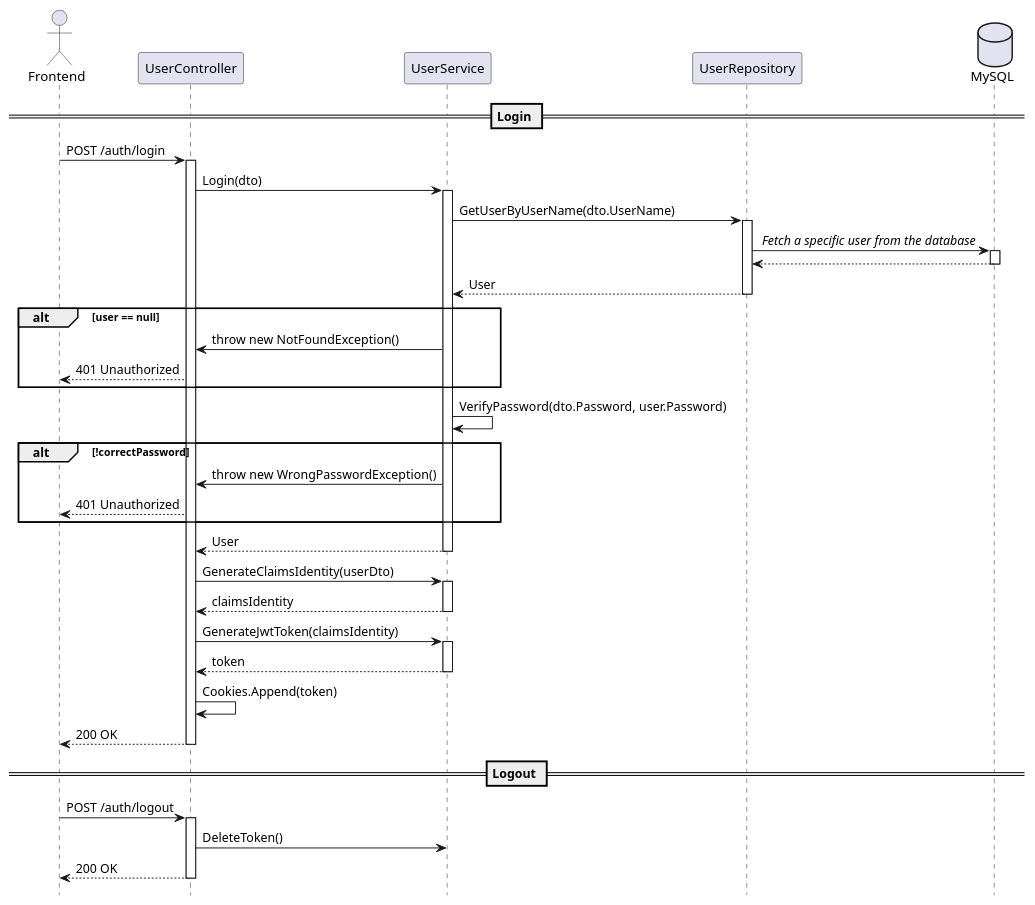
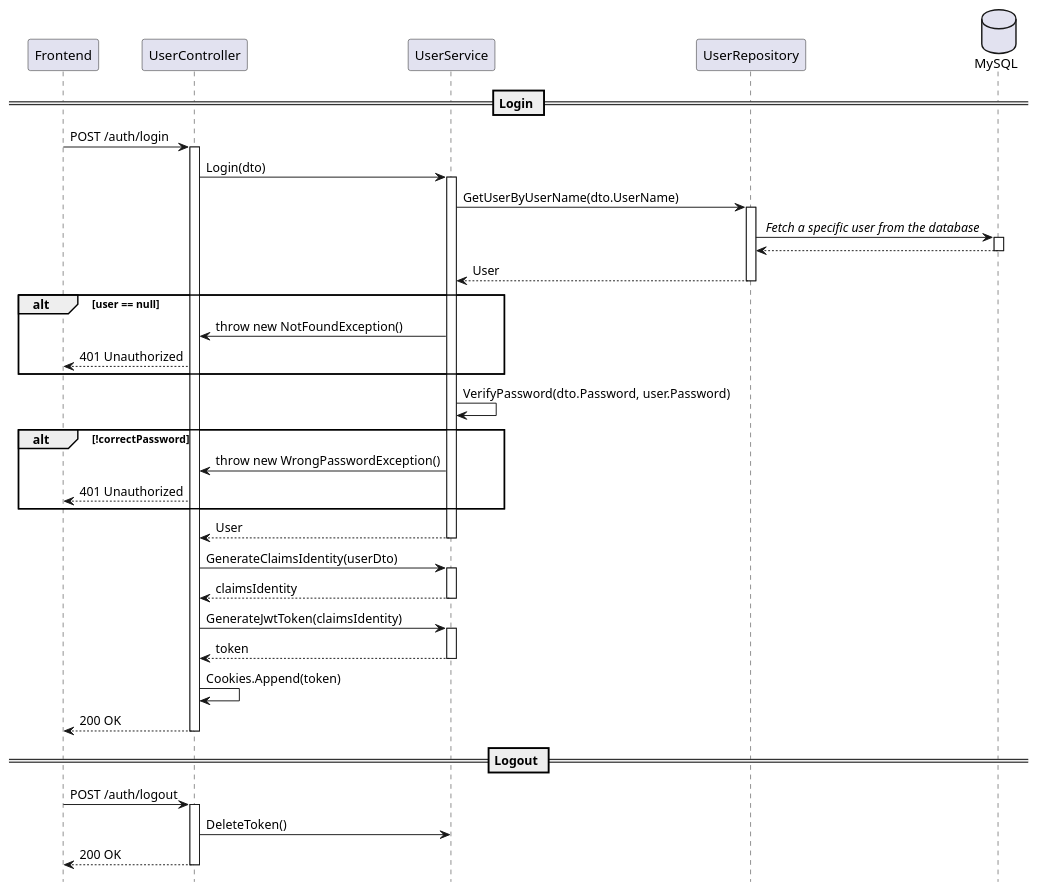
One commit to nohns/semesterproject4 changed the diagram in diagrams/bevpayapi_auth_sqdiagram.puml. Above: the diagram before and after it, drawn with PlantUML. The commit also changed 5 other files, not shown here.

```diff
--- a/diagrams/bevpayapi_auth_sqdiagram.puml
+++ b/diagrams/bevpayapi_auth_sqdiagram.puml
@@ -1,55 +1,55 @@
 @startuml bevpayapi
-Actor Frontend as frontend
+participant Frontend as frontend
 participant UserController as usercontroller
 participant UserService as userserv
 participant UserRepository as userrepo
 database MySQL as database
 
 hide footbox
 
 == Login ==
 
 frontend -> usercontroller: POST /auth/login
 activate usercontroller
 usercontroller -> userserv: Login(dto)
 activate userserv
 userserv -> userrepo: GetUserByUserName(dto.UserName)
 activate userrepo
 userrepo -> database: // Fetch a specific user from the database //
 activate database
 database --> userrepo
 deactivate database
 userrepo --> userserv: User
 deactivate userrepo
 alt user == null
 userserv -> usercontroller:  throw new NotFoundException()
 usercontroller --> frontend: 401 Unauthorized
 end
 userserv -> userserv: VerifyPassword(dto.Password, user.Password)
 alt !correctPassword
 userserv -> usercontroller: throw new WrongPasswordException()
 usercontroller --> frontend: 401 Unauthorized
 end
 userserv --> usercontroller: User
 deactivate userserv
 usercontroller -> userserv: GenerateClaimsIdentity(userDto)
 activate userserv
 userserv --> usercontroller: claimsIdentity
 deactivate userserv
 usercontroller -> userserv: GenerateJwtToken(claimsIdentity)
 activate userserv
 userserv --> usercontroller: token
 deactivate userserv
 usercontroller -> usercontroller: Cookies.Append(token)
 usercontroller --> frontend: 200 OK
 deactivate usercontroller
 
 == Logout ==
 
 frontend -> usercontroller: POST /auth/logout
 activate usercontroller
 usercontroller -> userserv: DeleteToken() 
 usercontroller --> frontend: 200 OK
 deactivate usercontroller
 
 @enduml
```
